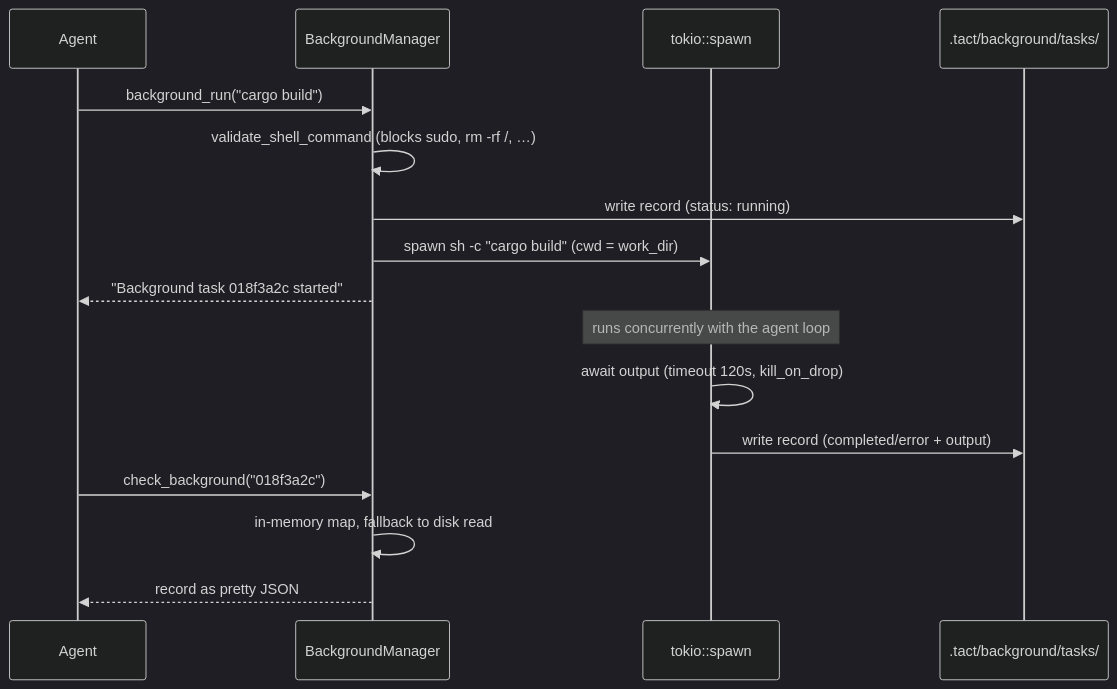
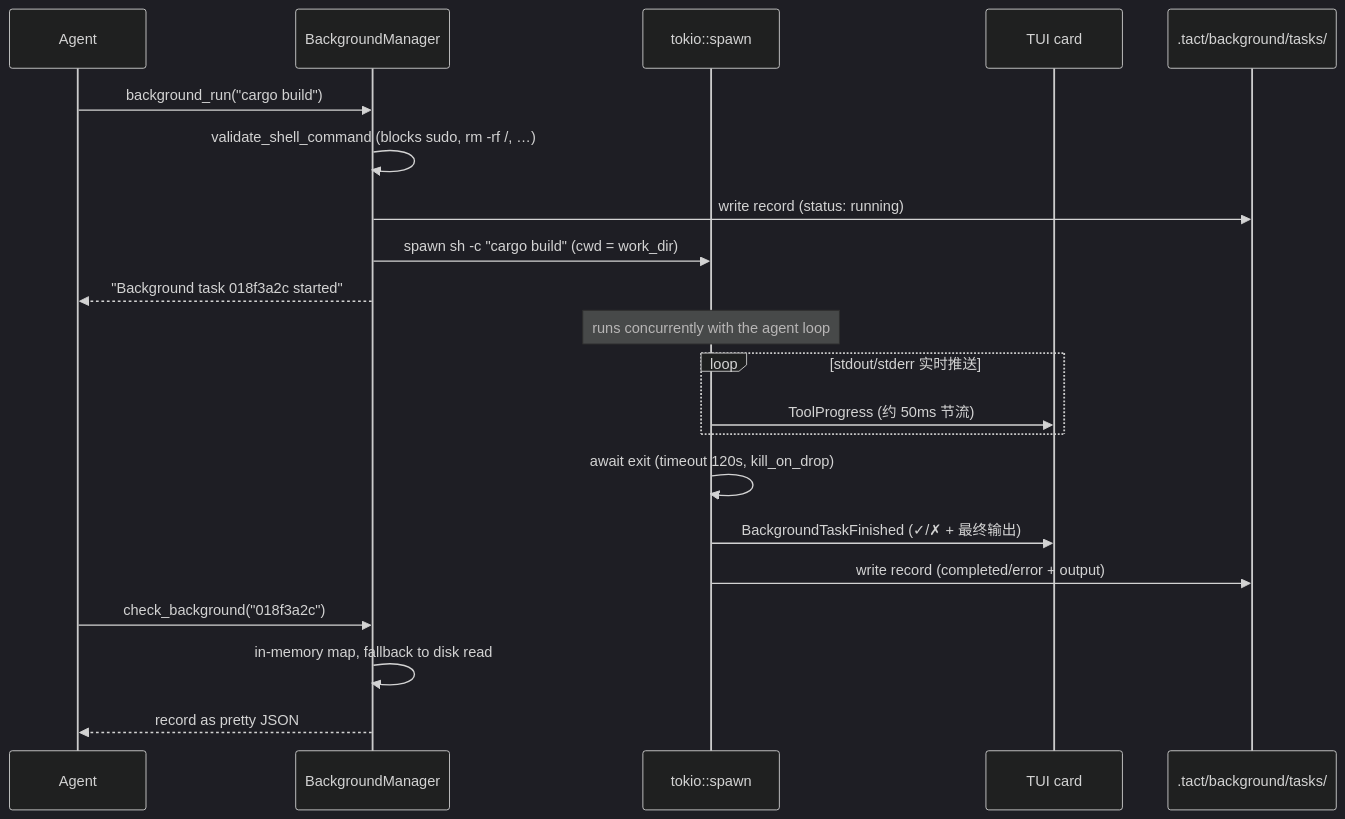
The diagram in book/13_chapter_background_zh.md (rust-infra/tact), drawn with Mermaid (dark theme) before and after one commit. The commit also changed other lines of this file and 26 other files, not shown here.

Commit message:
feat(background): stream background_run output and add /background command

````diff
--- a/book/13_chapter_background_zh.md
+++ b/book/13_chapter_background_zh.md
@@ -51,22 +55,27 @@
 ```mermaid
 sequenceDiagram
     participant Agent
     participant BM as BackgroundManager
     participant Task as tokio::spawn
+    participant TUI as TUI card
     participant FS as .tact/background/tasks/
 
     Agent->>BM: background_run("cargo build")
     BM->>BM: validate_shell_command (blocks sudo, rm -rf /, …)
     BM->>FS: write record (status: running)
     BM->>Task: spawn sh -c "cargo build" (cwd = work_dir)
     BM-->>Agent: "Background task 018f3a2c started"
 
     Note over Task: runs concurrently with the agent loop
 
-    Task->>Task: await output (timeout 120s, kill_on_drop)
+    loop stdout/stderr 实时推送
+        Task->>TUI: ToolProgress (约 50ms 节流)
+    end
+    Task->>Task: await exit (timeout 120s, kill_on_drop)
+    Task->>TUI: BackgroundTaskFinished (✓/✗ + 最终输出)
     Task->>FS: write record (completed/error + output)
 
     Agent->>BM: check_background("018f3a2c")
     BM->>BM: in-memory map, fallback to disk read
     BM-->>Agent: record as pretty JSON
 ```
````
